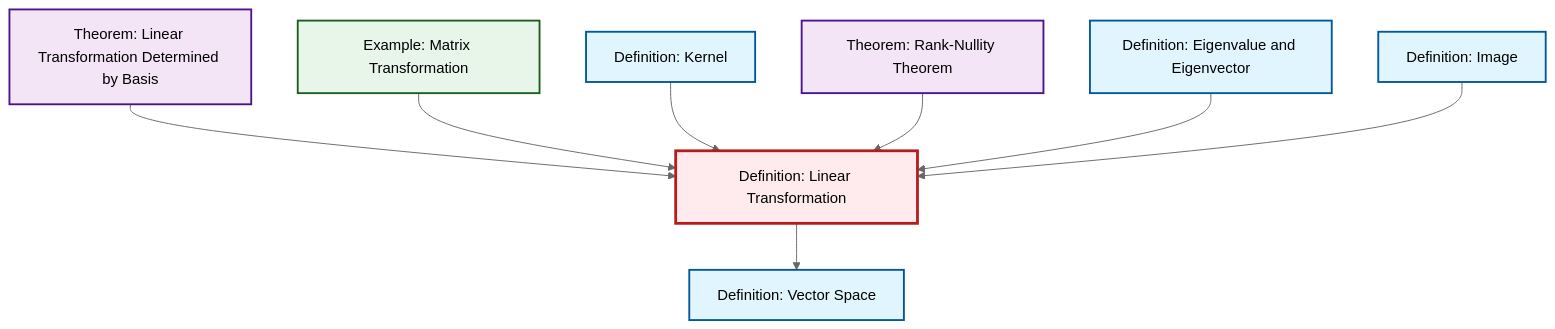
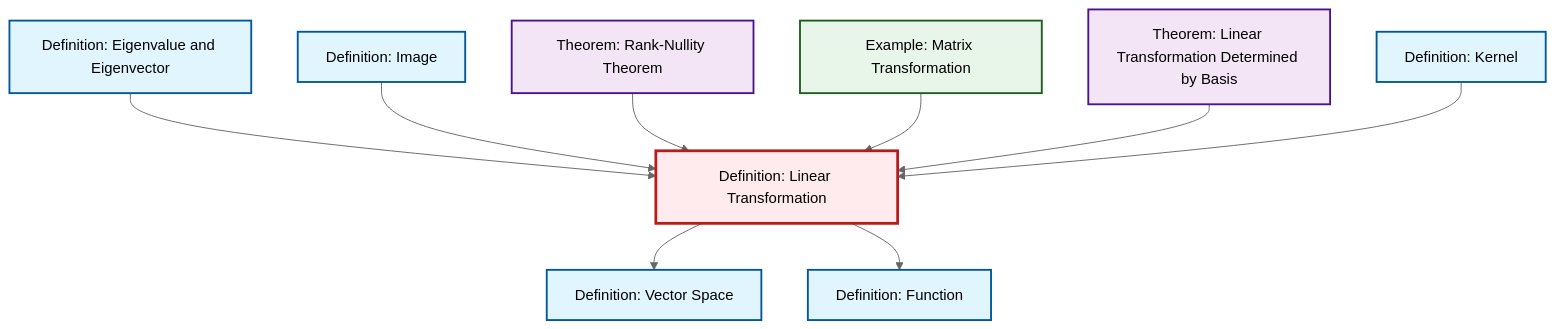
The diagram in content/ja/algebra/def-linear-transformation.qmd (RK0429/ModernMath), drawn with Mermaid (neutral theme) before and after one commit. The commit also changed 554 other files, not shown here.

````diff
--- a/content/ja/algebra/def-linear-transformation.qmd
+++ b/content/ja/algebra/def-linear-transformation.qmd
@@ -47,32 +47,35 @@
 ```{mermaid}
 %%| fig-cap: "Local dependency graph"
 graph TD
     classDef definition fill:#e1f5fe,stroke:#01579b,stroke-width:2px
     classDef theorem fill:#f3e5f5,stroke:#4a148c,stroke-width:2px
     classDef axiom fill:#fff3e0,stroke:#e65100,stroke-width:2px
     classDef example fill:#e8f5e9,stroke:#1b5e20,stroke-width:2px
     classDef current fill:#ffebee,stroke:#b71c1c,stroke-width:3px
+    def-vector-space["Definition: Vector Space"]:::definition
     thm-linear-transformation-basis["Theorem: Linear Transformation Determined by Basis"]:::theorem
     thm-rank-nullity["Theorem: Rank-Nullity Theorem"]:::theorem
     def-image["Definition: Image"]:::definition
+    def-kernel["Definition: Kernel"]:::definition
     def-linear-transformation["Definition: Linear Transformation"]:::definition
+    def-function["Definition: Function"]:::definition
+    ex-matrix-transformation["Example: Matrix Transformation"]:::example
     def-eigenvalue-eigenvector["Definition: Eigenvalue and Eigenvector"]:::definition
-    ex-matrix-transformation["Example: Matrix Transformation"]:::example
-    def-vector-space["Definition: Vector Space"]:::definition
-    def-kernel["Definition: Kernel"]:::definition
+    def-linear-transformation --> def-vector-space
+    def-linear-transformation --> def-function
+    def-eigenvalue-eigenvector --> def-linear-transformation
+    def-image --> def-linear-transformation
+    thm-rank-nullity --> def-linear-transformation
+    ex-matrix-transformation --> def-linear-transformation
     thm-linear-transformation-basis --> def-linear-transformation
-    ex-matrix-transformation --> def-linear-transformation
     def-kernel --> def-linear-transformation
-    thm-rank-nullity --> def-linear-transformation
-    def-eigenvalue-eigenvector --> def-linear-transformation
-    def-linear-transformation --> def-vector-space
-    def-image --> def-linear-transformation
     class def-linear-transformation current
+    click def-vector-space "def-vector-space.html" "Definition: Vector Spaceへ"
     click thm-linear-transformation-basis "thm-linear-transformation-basis.html" "Theorem: Linear Transformation Determined by Basisへ"
     click thm-rank-nullity "thm-rank-nullity.html" "Theorem: Rank-Nullity Theoremへ"
     click def-image "def-image.html" "Definition: Imageへ"
+    click def-kernel "def-kernel.html" "Definition: Kernelへ"
+    click def-function "def-function.html" "Definition: Functionへ"
+    click ex-matrix-transformation "ex-matrix-transformation.html" "Example: Matrix Transformationへ"
     click def-eigenvalue-eigenvector "def-eigenvalue-eigenvector.html" "Definition: Eigenvalue and Eigenvectorへ"
-    click ex-matrix-transformation "ex-matrix-transformation.html" "Example: Matrix Transformationへ"
-    click def-vector-space "def-vector-space.html" "Definition: Vector Spaceへ"
-    click def-kernel "def-kernel.html" "Definition: Kernelへ"
 ```
````
